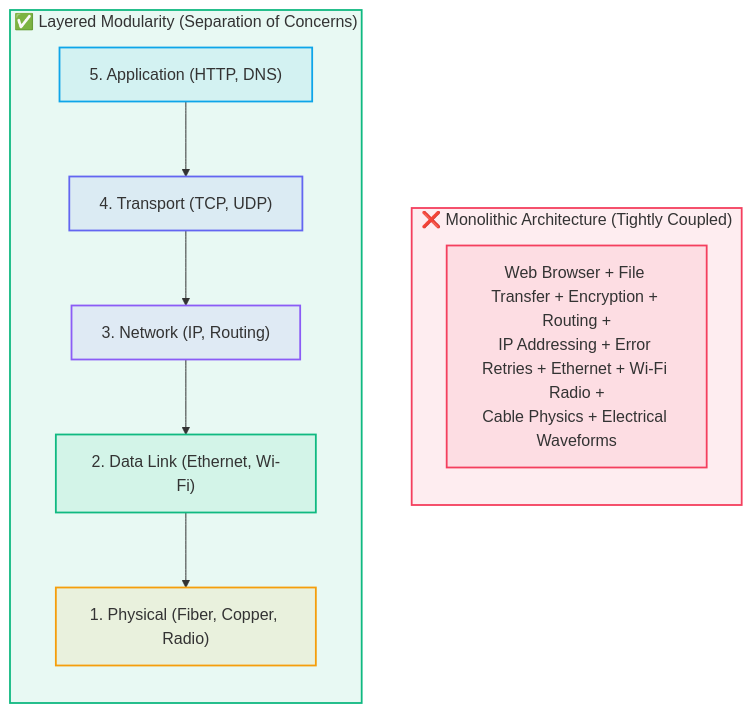
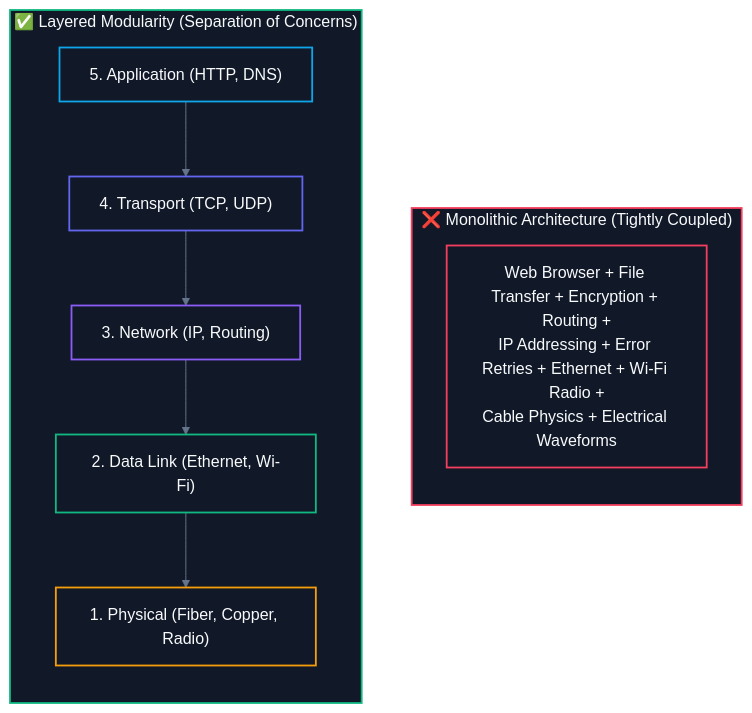
The first of 3 diagrams in CS/Computer Networking/01. Architecture & Fundamentals/06. OSI vs TCP-IP Model.md (abhinavbharti2345/CS_Notes), drawn with Mermaid before and after one commit. The commit also changed other lines of this file and 195 other files, not shown here.

````diff
--- a/CS/Computer Networking/01. Architecture & Fundamentals/06. OSI vs TCP-IP Model.md
+++ b/CS/Computer Networking/01. Architecture & Fundamentals/06. OSI vs TCP-IP Model.md
@@ -25,33 +25,34 @@
 ```mermaid
+%%{init: {'theme': 'base', 'themeVariables': { 'darkMode': true, 'background': '#0B0F14', 'mainBkg': '#111827', 'primaryColor': '#111827', 'primaryTextColor': '#F8FAFC', 'primaryBorderColor': '#38BDF8', 'lineColor': '#64748B', 'secondaryColor': '#0B0F14', 'tertiaryColor': '#0B0F14', 'clusterBkg': '#0B0F14', 'clusterBorder': '#38BDF8' }}}%%
 flowchart TD
     subgraph Monolithic["❌ Monolithic Architecture (Tightly Coupled)"]
         direction TB
         M["Web Browser + File Transfer + Encryption + Routing +<br>IP Addressing + Error Retries + Ethernet + Wi-Fi Radio +<br>Cable Physics + Electrical Waveforms"]
     end
     
     subgraph Modular["✅ Layered Modularity (Separation of Concerns)"]
         direction TB
         L5["5. Application (HTTP, DNS)"]
         L4["4. Transport (TCP, UDP)"]
         L3["3. Network (IP, Routing)"]
         L2["2. Data Link (Ethernet, Wi-Fi)"]
         L1["1. Physical (Fiber, Copper, Radio)"]
         L5 --> L4 --> L3 --> L2 --> L1
     end
 
-    classDef danger fill:#f43f5e18,stroke:#f43f5e,stroke-width:1.8px;
-    classDef success fill:#10b98118,stroke:#10b981,stroke-width:1.8px;
-    classDef l5 fill:#0ea5e918,stroke:#0ea5e9,stroke-width:1.8px;
-    classDef l4 fill:#6366f118,stroke:#6366f1,stroke-width:1.8px;
-    classDef l3 fill:#8b5cf618,stroke:#8b5cf6,stroke-width:1.8px;
-    classDef l2 fill:#10b98118,stroke:#10b981,stroke-width:1.8px;
-    classDef l1 fill:#f59e0b18,stroke:#f59e0b,stroke-width:1.8px;
+    classDef danger fill:#111827,stroke:#f43f5e,stroke-width:1.8px,color:#F8FAFC;
+    classDef success fill:#111827,stroke:#10b981,stroke-width:1.8px,color:#F8FAFC;
+    classDef l5 fill:#111827,stroke:#0ea5e9,stroke-width:1.8px,color:#F8FAFC;
+    classDef l4 fill:#111827,stroke:#6366f1,stroke-width:1.8px,color:#F8FAFC;
+    classDef l3 fill:#111827,stroke:#8b5cf6,stroke-width:1.8px,color:#F8FAFC;
+    classDef l2 fill:#111827,stroke:#10b981,stroke-width:1.8px,color:#F8FAFC;
+    classDef l1 fill:#111827,stroke:#f59e0b,stroke-width:1.8px,color:#F8FAFC;
     
     class Monolithic,M danger;
     class Modular success;
     class L5 l5;
     class L4 l4;
     class L3 l3;
     class L2 l2;
     class L1 l1;
 ```
````
